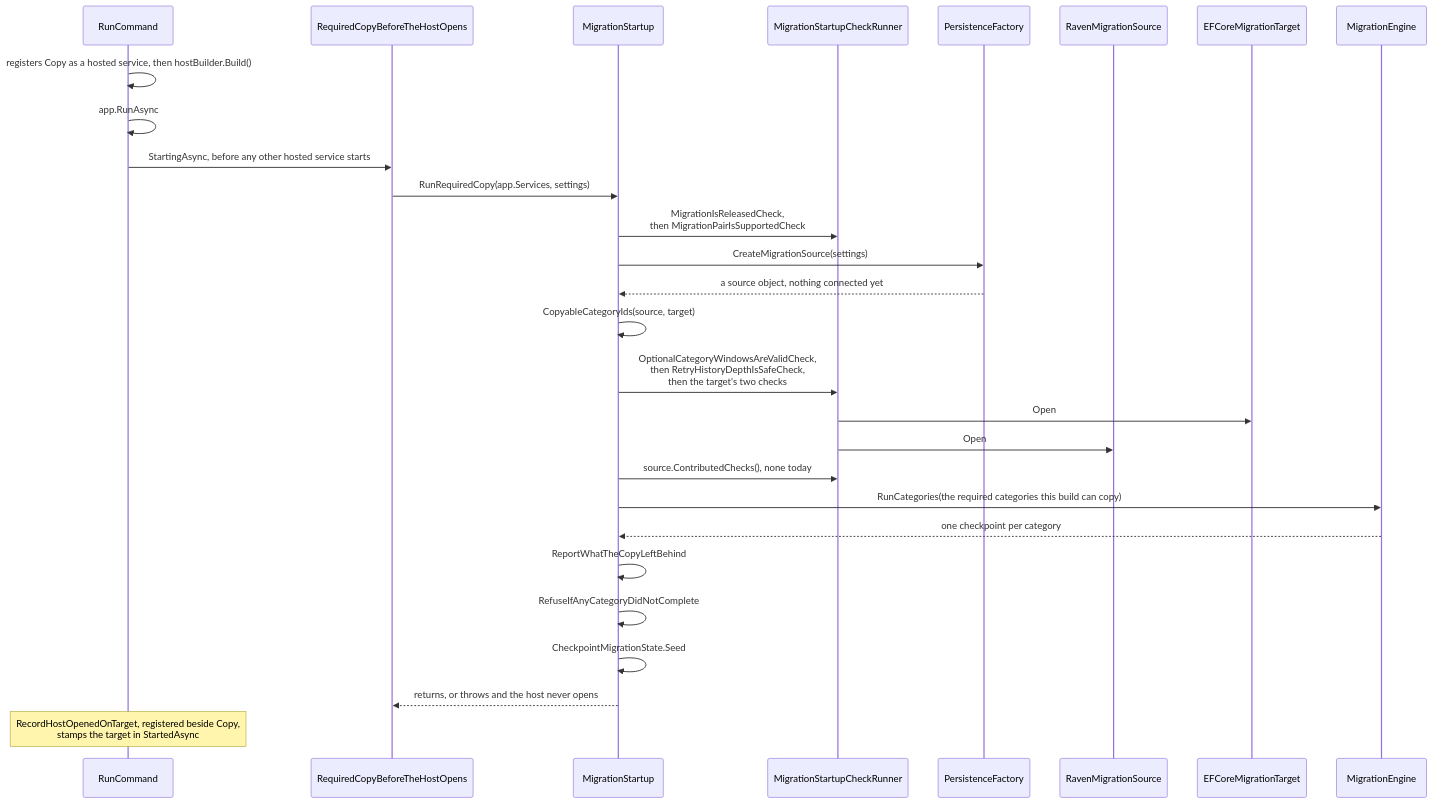
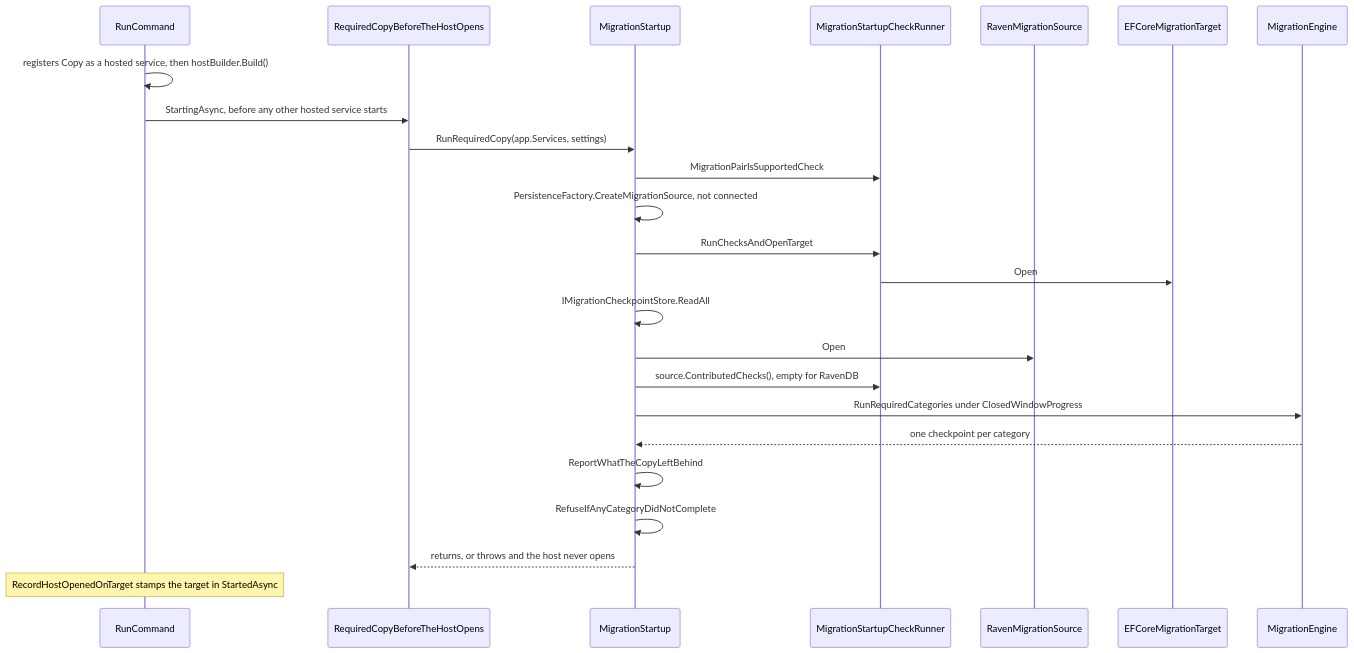
Before and after one commit to Particular/ServiceControl: the second of 2 diagrams in docs/migration/ravendb-to-sql-migration-system-design.md, drawn with Mermaid. The commit also changed other lines of this file and 62 other files, not shown here.

````diff
--- a/docs/migration/ravendb-to-sql-migration-system-design.md
+++ b/docs/migration/ravendb-to-sql-migration-system-design.md
@@ -35,31 +82,27 @@
 ```mermaid
 sequenceDiagram
     participant Run as RunCommand
     participant Copy as RequiredCopyBeforeTheHostOpens
     participant Start as MigrationStartup
     participant Checks as MigrationStartupCheckRunner
-    participant Factory as PersistenceFactory
     participant Source as RavenMigrationSource
     participant Target as EFCoreMigrationTarget
     participant Engine as MigrationEngine
 
     Run->>Run: registers Copy as a hosted service, then hostBuilder.Build()
-    Run->>Run: app.RunAsync
     Run->>Copy: StartingAsync, before any other hosted service starts
     Copy->>Start: RunRequiredCopy(app.Services, settings)
-    Start->>Checks: MigrationIsReleasedCheck,<br/>then MigrationPairIsSupportedCheck
-    Start->>Factory: CreateMigrationSource(settings)
-    Factory-->>Start: a source object, nothing connected yet
-    Start->>Start: CopyableCategoryIds(source, target)
-    Start->>Checks: OptionalCategoryWindowsAreValidCheck,<br/>then RetryHistoryDepthIsSafeCheck,<br/>then the target's two checks
+    Start->>Checks: MigrationPairIsSupportedCheck
+    Start->>Start: PersistenceFactory.CreateMigrationSource, not connected
+    Start->>Checks: RunChecksAndOpenTarget
     Checks->>Target: Open
-    Checks->>Source: Open
-    Start->>Checks: source.ContributedChecks(), none today
-    Start->>Engine: RunCategories(the required categories this build can copy)
+    Start->>Start: IMigrationCheckpointStore.ReadAll
+    Start->>Source: Open
+    Start->>Checks: source.ContributedChecks(), empty for RavenDB
+    Start->>Engine: RunRequiredCategories under ClosedWindowProgress
     Engine-->>Start: one checkpoint per category
     Start->>Start: ReportWhatTheCopyLeftBehind
     Start->>Start: RefuseIfAnyCategoryDidNotComplete
-    Start->>Start: CheckpointMigrationState.Seed
     Start-->>Copy: returns, or throws and the host never opens
-    Note over Run: RecordHostOpenedOnTarget, registered beside Copy,<br/>stamps the target in StartedAsync
+    Note over Run: RecordHostOpenedOnTarget stamps the target in StartedAsync
 ```
````
